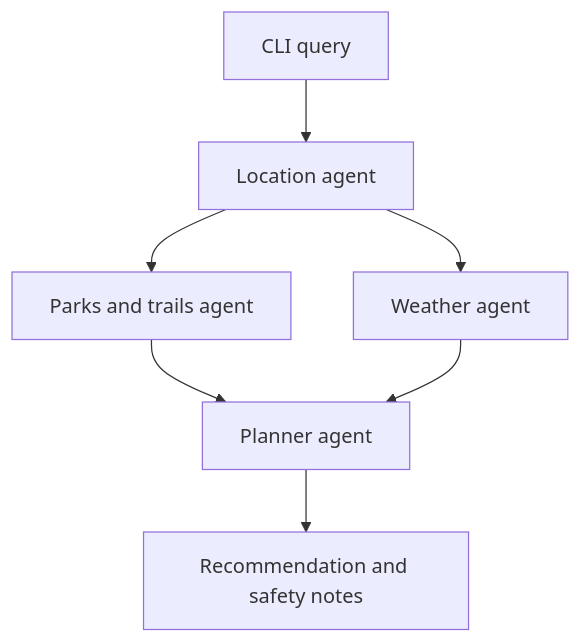
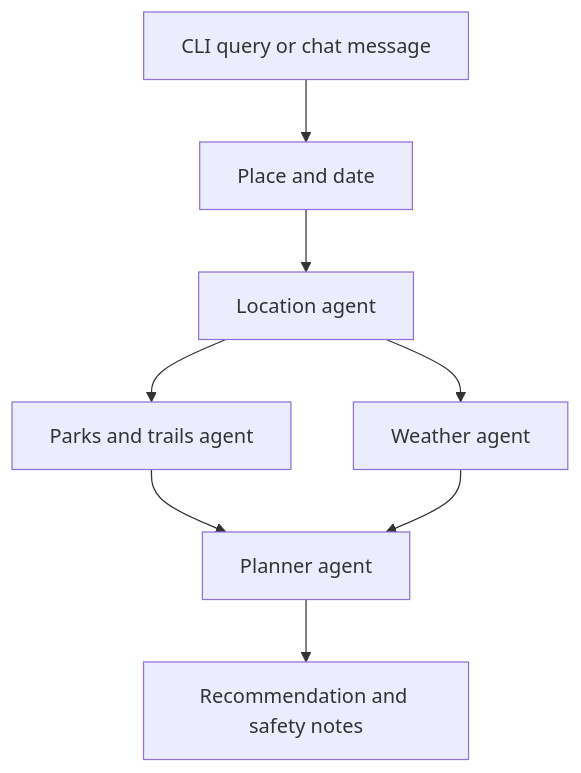
Before and after one commit to bhandary/hiking_agent: the diagram in README.md, drawn with Mermaid. The commit also changed other lines of this file and 98 other files, not shown here.

````diff
--- a/README.md
+++ b/README.md
@@ -13,9 +13,10 @@
 ```mermaid
 flowchart TD
-  user["CLI query"] --> location["Location agent"]
+  user["CLI query or chat message"] --> extract["Place and date"]
+  extract --> location["Location agent"]
   location --> parks["Parks and trails agent"]
   location --> weather["Weather agent"]
   parks --> planner["Planner agent"]
   weather --> planner
   planner --> answer["Recommendation and safety notes"]
 ```
````
